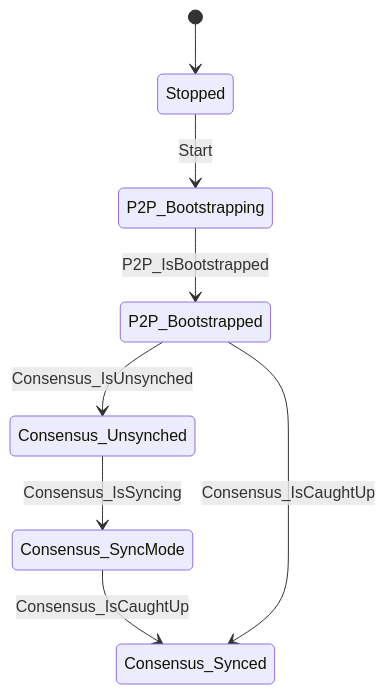
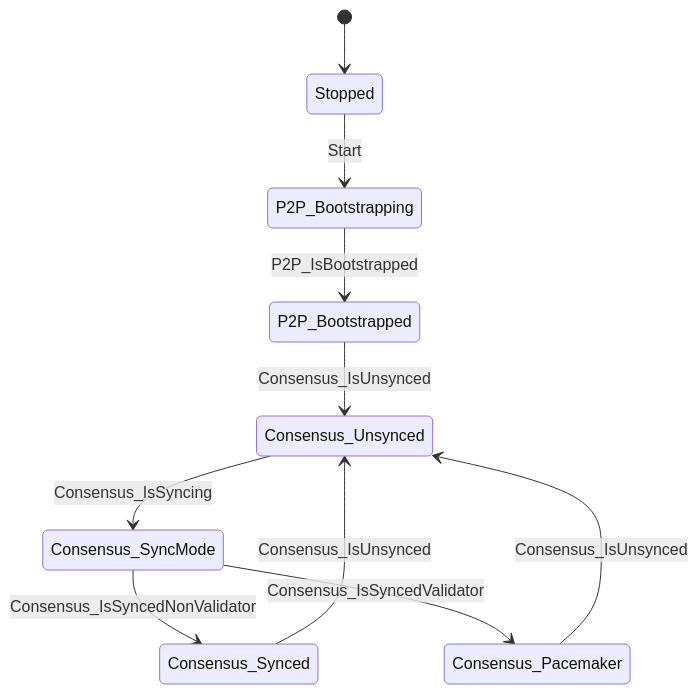
The diagram in state_machine/docs/state-machine.diagram.md (pokt-network/pocket), drawn with Mermaid before and after one commit. The commit also changed 32 other files, not shown here.

First line of the commit message:
[Consensus] Configuration entry point state sync (#528)

````diff
--- a/state_machine/docs/state-machine.diagram.md
+++ b/state_machine/docs/state-machine.diagram.md
@@ -5,10 +5,12 @@
 ```mermaid
 stateDiagram-v2
     [*] --> Stopped
-    Consensus_SyncMode --> Consensus_Synced: Consensus_IsCaughtUp
-    Consensus_Unsynched --> Consensus_SyncMode: Consensus_IsSyncing
-    P2P_Bootstrapped --> Consensus_Synced: Consensus_IsCaughtUp
-    P2P_Bootstrapped --> Consensus_Unsynched: Consensus_IsUnsynched
+    Consensus_Pacemaker --> Consensus_Unsynced: Consensus_IsUnsynced
+    Consensus_SyncMode --> Consensus_Synced: Consensus_IsSyncedNonValidator
+    Consensus_SyncMode --> Consensus_Pacemaker: Consensus_IsSyncedValidator
+    Consensus_Synced --> Consensus_Unsynced: Consensus_IsUnsynced
+    Consensus_Unsynced --> Consensus_SyncMode: Consensus_IsSyncing
+    P2P_Bootstrapped --> Consensus_Unsynced: Consensus_IsUnsynced
     P2P_Bootstrapping --> P2P_Bootstrapped: P2P_IsBootstrapped
     Stopped --> P2P_Bootstrapping: Start
 ```
````
